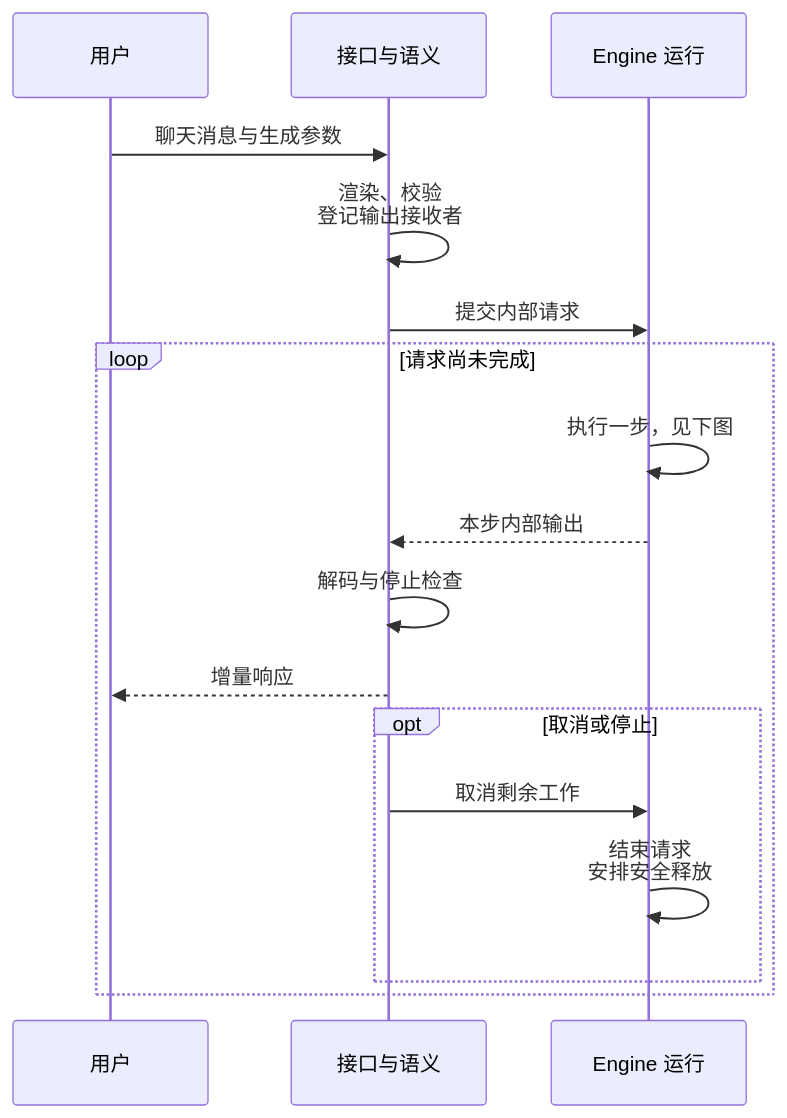
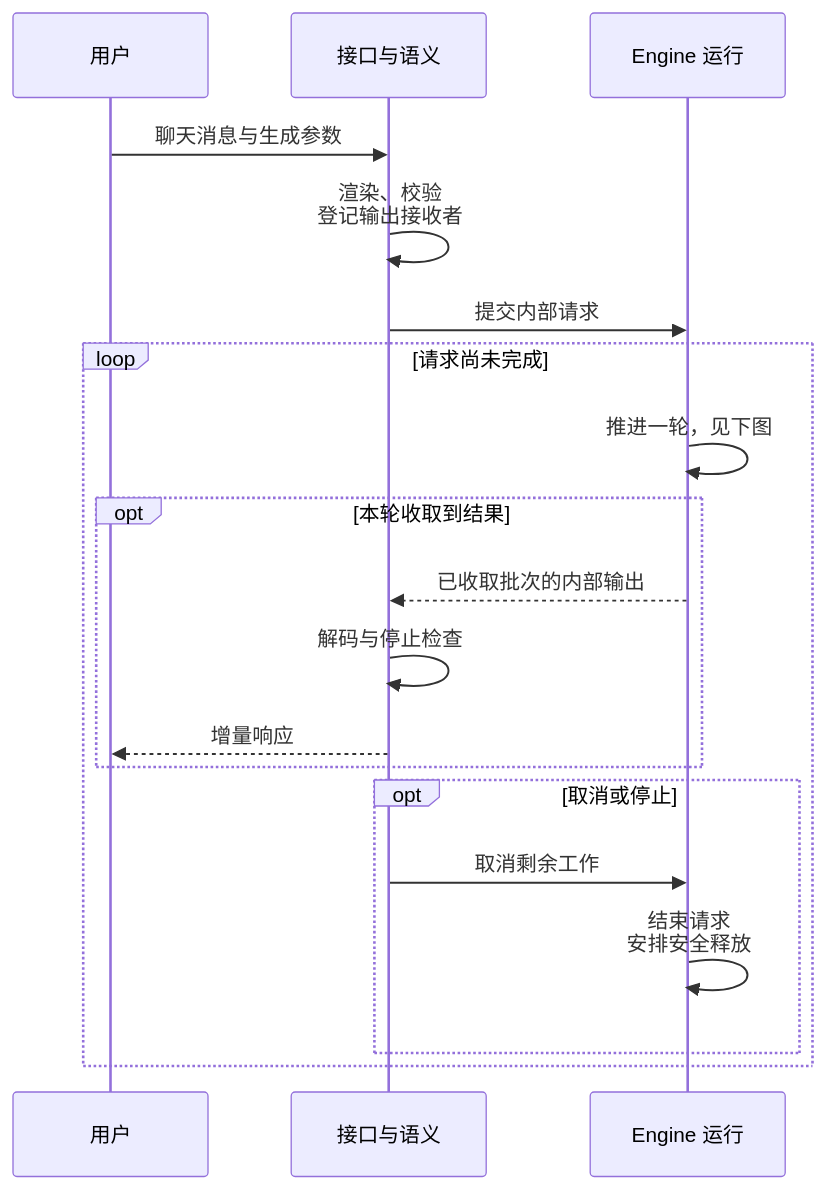
The second of 18 diagrams in wiki/02_engineering/03_infer_frameworks/vllm/02_vllm_architecture_overview_analysis.md (suhaibo666/llm-knowledge), drawn with Mermaid before and after one commit. The commit also changed other lines of this file and 59 other files, not shown here.

````diff
--- a/wiki/02_engineering/03_infer_frameworks/vllm/02_vllm_architecture_overview_analysis.md
+++ b/wiki/02_engineering/03_infer_frameworks/vllm/02_vllm_architecture_overview_analysis.md
@@ -181,19 +187,21 @@
 ```mermaid
 sequenceDiagram
     participant U as 用户
     participant I as 接口与语义
     participant E as Engine 运行
     U->>I: 聊天消息与生成参数
     I->>I: 渲染、校验<br/>登记输出接收者
     I->>E: 提交内部请求
     loop 请求尚未完成
-        E->>E: 执行一步，见下图
-        E-->>I: 本步内部输出
-        I->>I: 解码与停止检查
-        I-->>U: 增量响应
+        E->>E: 推进一轮，见下图
+        opt 本轮收取到结果
+            E-->>I: 已收取批次的内部输出
+            I->>I: 解码与停止检查
+            I-->>U: 增量响应
+        end
         opt 取消或停止
             I->>E: 取消剩余工作
             E->>E: 结束请求<br/>安排安全释放
         end
     end
 ```
````
